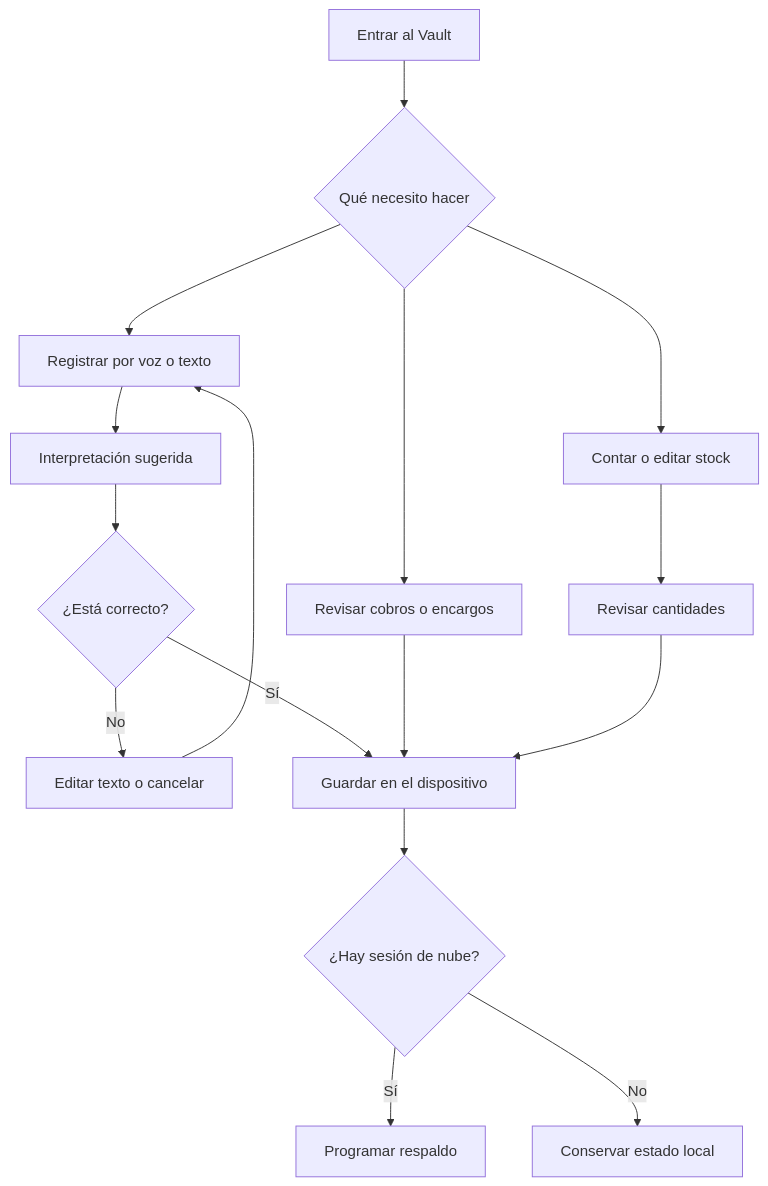
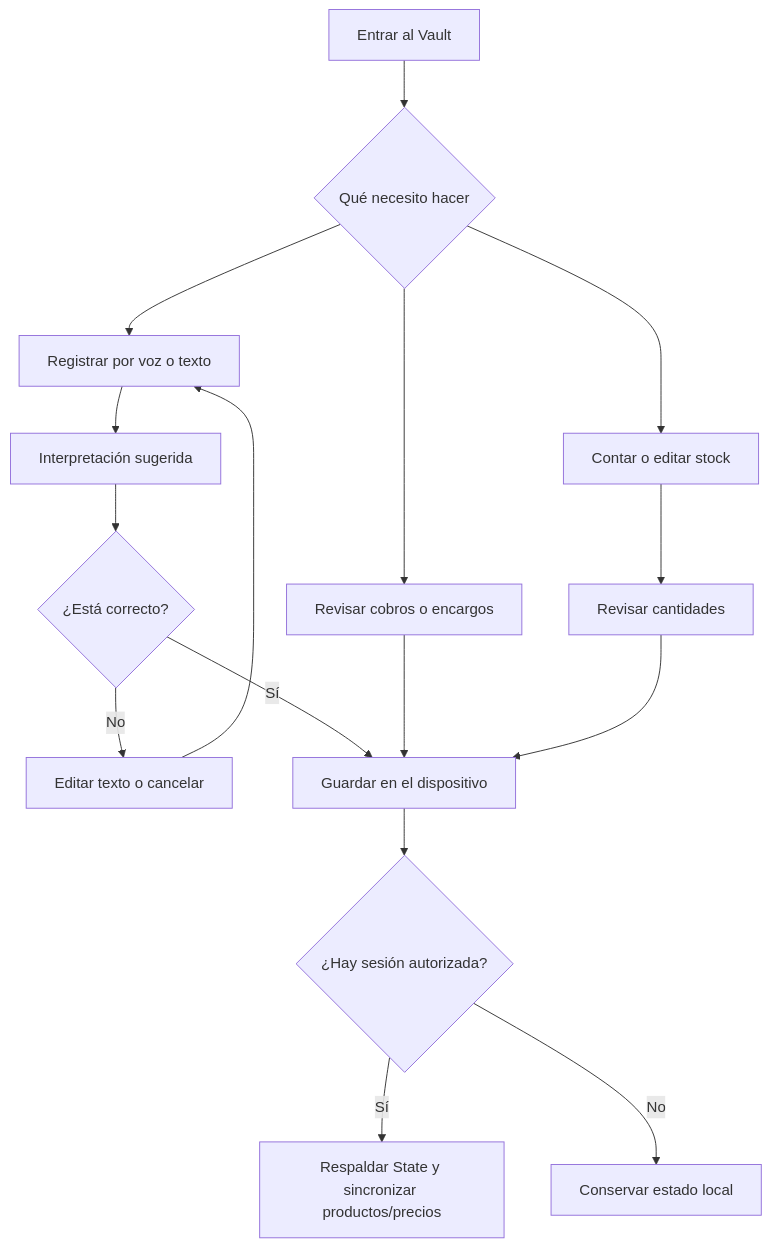
The first of 2 diagrams in docs/general/02-alcance-y-funciones.md (NicoCG32/Bodega-PaMaRa), drawn with Mermaid before and after one commit. The commit also changed other lines of this file and 3 other files, not shown here.

````diff
--- a/docs/general/02-alcance-y-funciones.md
+++ b/docs/general/02-alcance-y-funciones.md
@@ -19,18 +19,18 @@
 ```mermaid
 flowchart TD
   A[Entrar al Vault] --> B{Qué necesito hacer}
   B --> C[Registrar por voz o texto]
   B --> D[Revisar cobros o encargos]
   B --> E[Contar o editar stock]
   C --> F[Interpretación sugerida]
   F --> G{¿Está correcto?}
   G -->|No| H[Editar texto o cancelar]
   H --> C
   G -->|Sí| I[Guardar en el dispositivo]
   D --> I
   E --> J[Revisar cantidades]
   J --> I
-  I --> K{¿Hay sesión de nube?}
-  K -->|Sí| L[Programar respaldo]
+  I --> K{¿Hay sesión autorizada?}
+  K -->|Sí| L[Respaldar State y sincronizar productos/precios]
   K -->|No| M[Conservar estado local]
 ```
````
